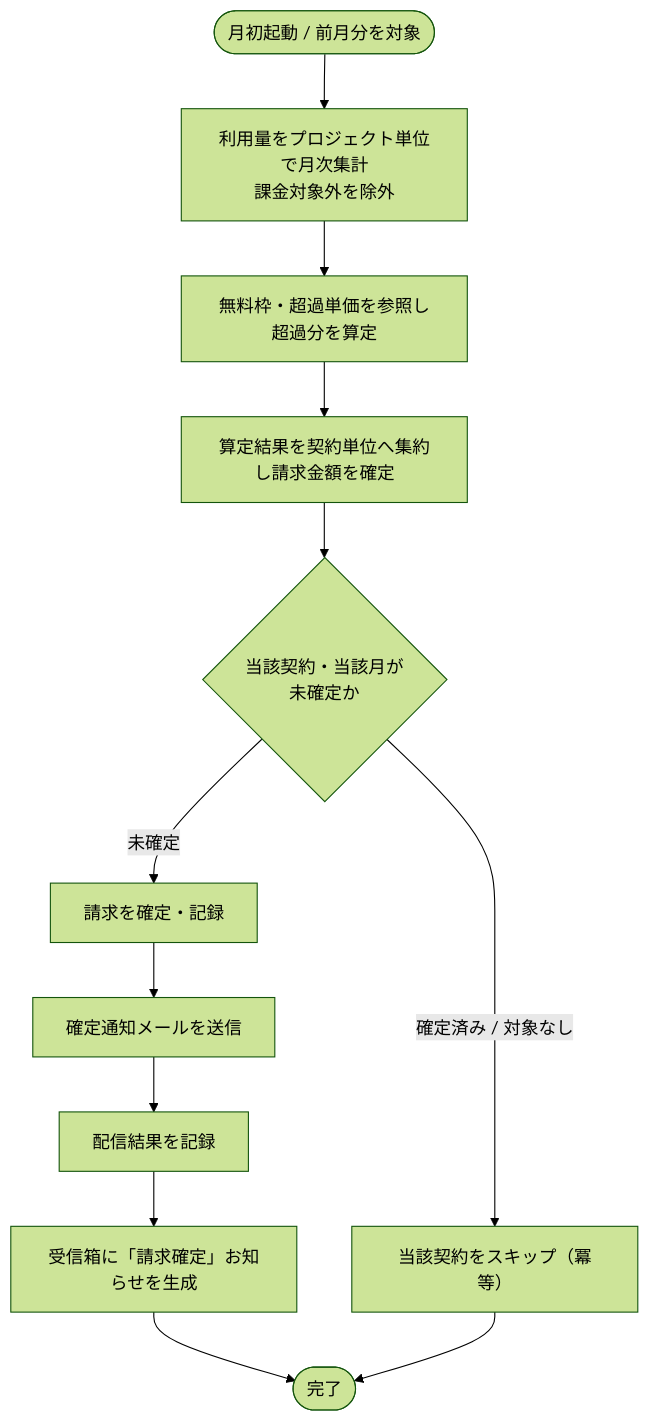
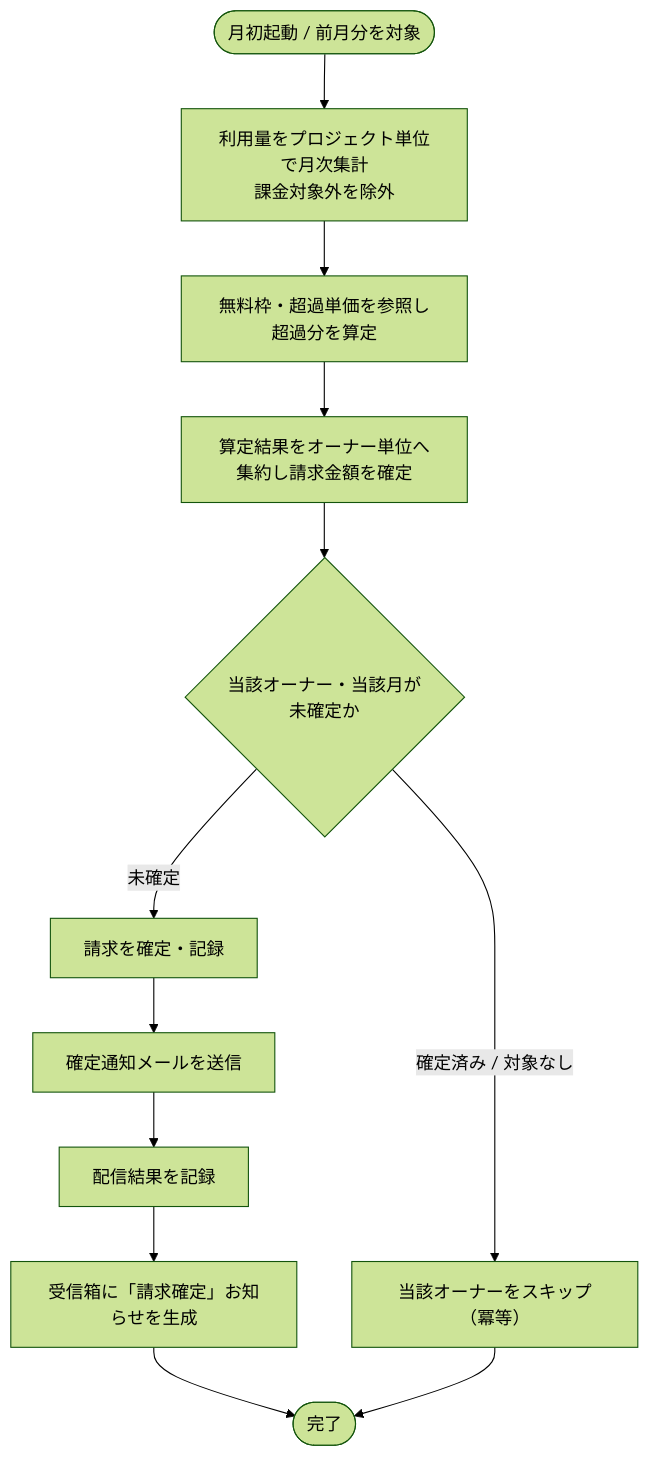
The diagram in 02_basic_design/02_backend/01_system/SYS-021.md (sikakou54/open-faq), drawn with Mermaid (forest theme) before and after one commit. The commit also changed other lines of this file and 294 other files, not shown here.

````diff
--- a/02_basic_design/02_backend/01_system/SYS-021.md
+++ b/02_basic_design/02_backend/01_system/SYS-021.md
@@ -22,14 +22,14 @@
 ```mermaid
 flowchart TB
   S([月初起動 / 前月分を対象]) --> A[利用量をプロジェクト単位で月次集計<br/>課金対象外を除外]
   A --> B[無料枠・超過単価を参照し超過分を算定]
-  B --> C[算定結果を契約単位へ集約し請求金額を確定]
-  C --> D{当該契約・当該月が<br/>未確定か}
+  B --> C[算定結果をオーナー単位へ集約し請求金額を確定]
+  C --> D{当該オーナー・当該月が<br/>未確定か}
   D -- 未確定 --> E[請求を確定・記録]
   E --> F[確定通知メールを送信]
   F --> G[配信結果を記録]
   G --> H[受信箱に「請求確定」お知らせを生成]
-  D -- 確定済み / 対象なし --> I[当該契約をスキップ（冪等）]
+  D -- 確定済み / 対象なし --> I[当該オーナーをスキップ（冪等）]
   H --> J([完了])
   I --> J
 ```
````
